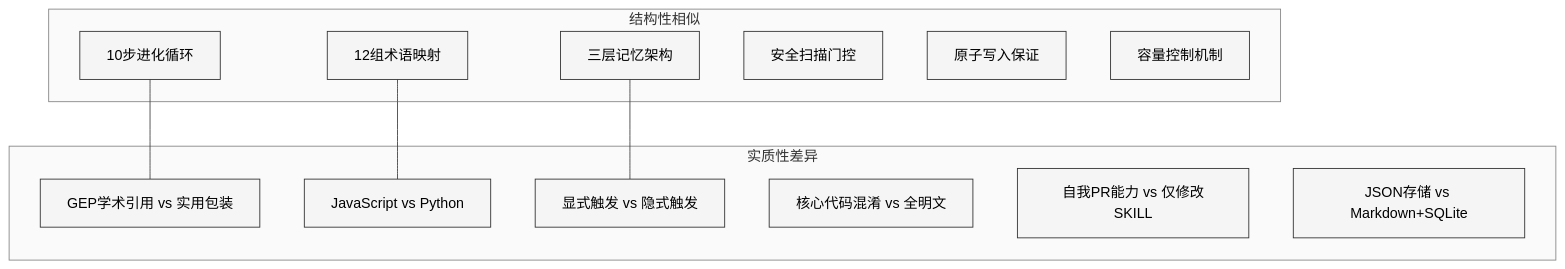
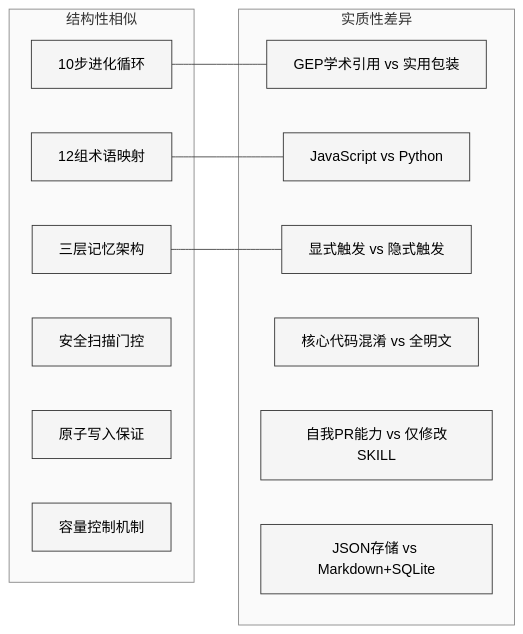
The fourth of 4 diagrams in Part III 同源项目对比分析/27-EvoMap-Evolver对比.md (xiaonancs/hermes-agent-study), drawn with Mermaid before and after one commit. The commit also changed other lines of this file and 32 other files, not shown here.

First line of the commit message:
Mermaid 图表修复：白色背景板 + 长宽比优化

````diff
--- a/Part III 同源项目对比分析/27-EvoMap-Evolver对比.md
+++ b/Part III 同源项目对比分析/27-EvoMap-Evolver对比.md
@@ -393,25 +370,25 @@
 ```mermaid
 %%{init: {'theme': 'neutral', 'themeVariables': {'background': '#ffffff', 'primaryColor': '#f5f5f5', 'primaryTextColor': '#000000', 'primaryBorderColor': '#333333', 'lineColor': '#444444', 'textColor': '#000000', 'mainBkg': '#f5f5f5', 'nodeBorder': '#333333', 'clusterBkg': '#fafafa', 'clusterBorder': '#888888', 'edgeLabelBackground': '#ffffff'}}}%%
-graph TB
+graph LR
     subgraph Similarities["结构性相似"]
         S1["10步进化循环"]
         S2["12组术语映射"]
         S3["三层记忆架构"]
         S4["安全扫描门控"]
         S5["原子写入保证"]
         S6["容量控制机制"]
     end
     
     subgraph Differences["实质性差异"]
         D1["GEP学术引用 vs 实用包装"]
         D2["JavaScript vs Python"]
         D3["显式触发 vs 隐式触发"]
         D4["核心代码混淆 vs 全明文"]
         D5["自我PR能力 vs 仅修改SKILL"]
         D6["JSON存储 vs Markdown+SQLite"]
     end
     
     S1 --- D1
     S2 --- D2
     S3 --- D3
 ```
````
